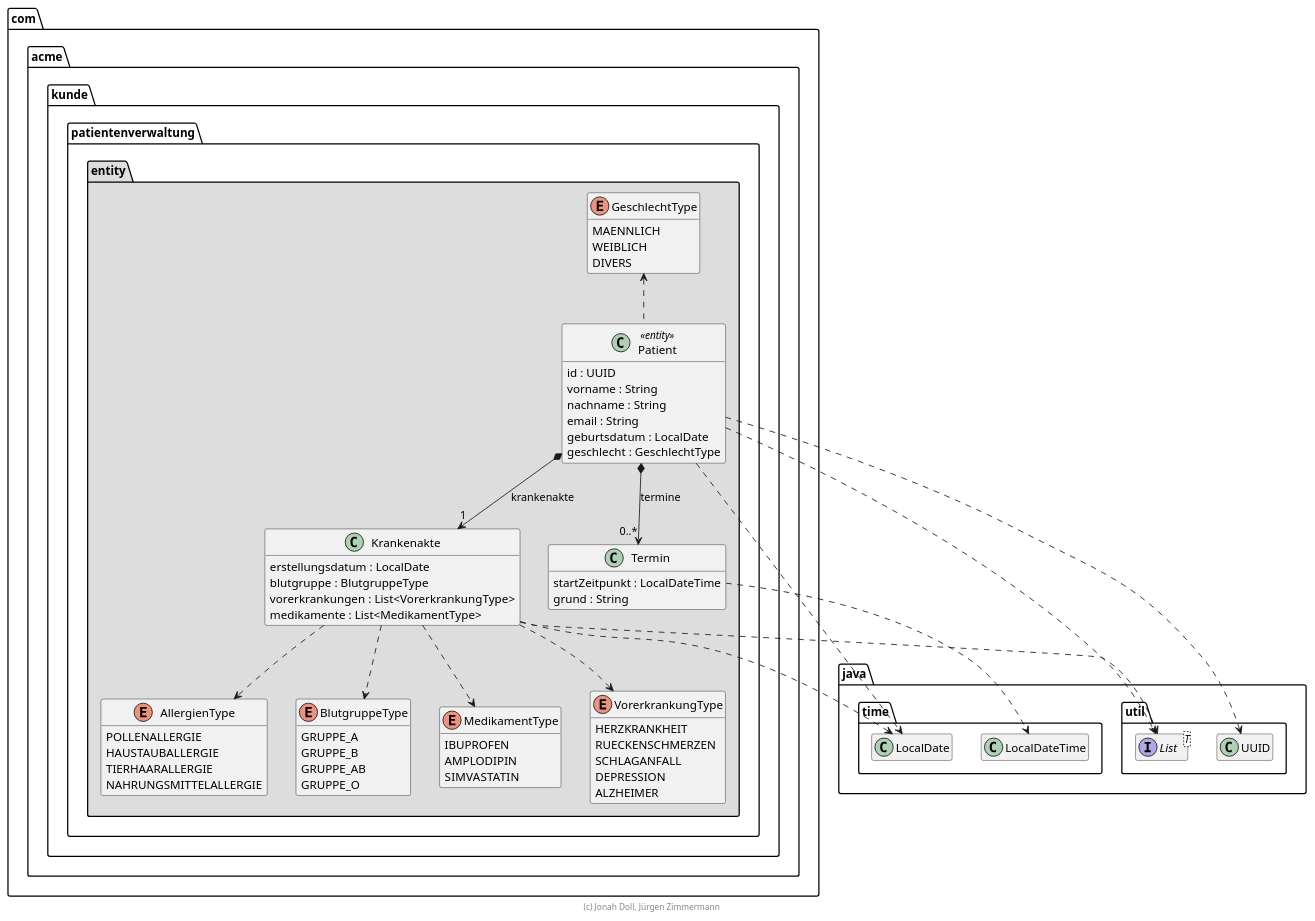
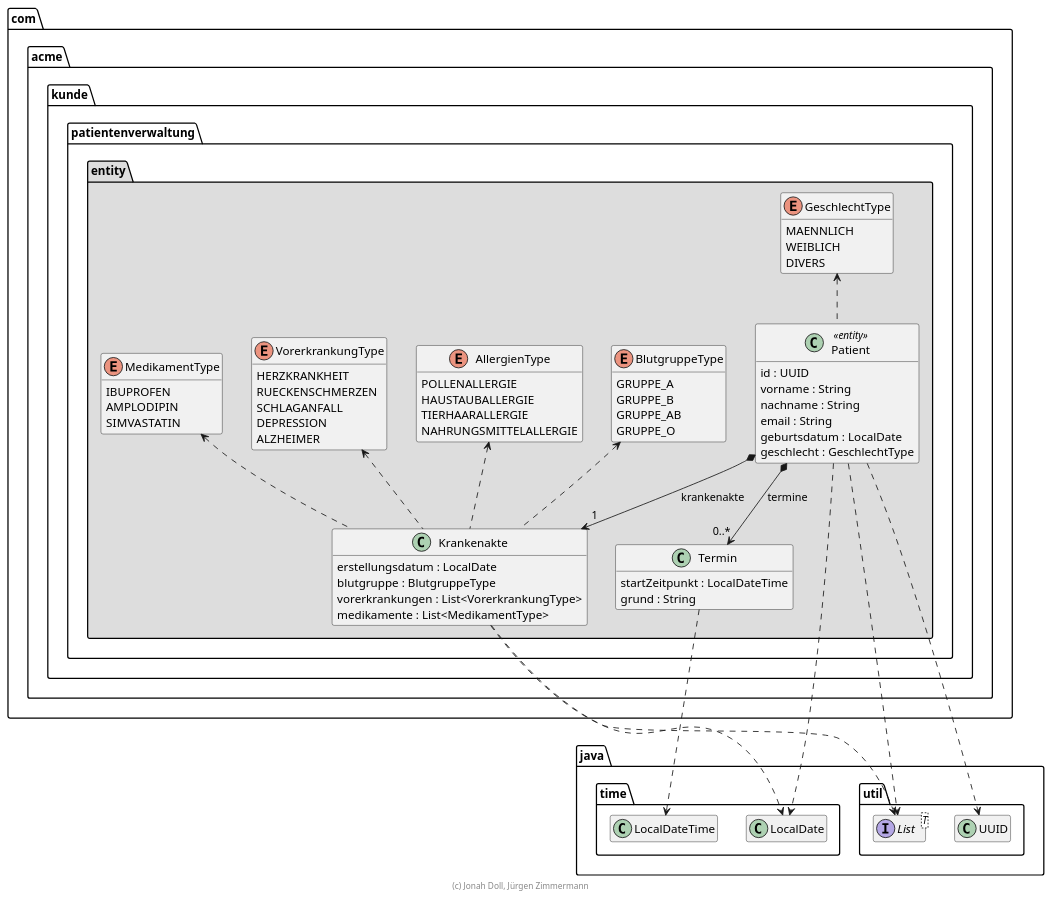
The diagram in patientenverwaltung/extras/doc/Patient.plantuml (jonahdoll/patientenverwaltung-v1), drawn with PlantUML before and after one commit. The commit also changed other lines of this file and 36 other files, not shown here.

```diff
--- a/patientenverwaltung/extras/doc/Patient.plantuml
+++ b/patientenverwaltung/extras/doc/Patient.plantuml
@@ -15,97 +1,97 @@
 @startuml Patient
 
 skinparam classAttributeIconSize 0
 ' skinparam monochrome true
 
 package java {
     package util {
     class UUID
     interface List<T>
     }
 
     package time {
     class LocalDate
     class LocalDateTime
     }
 }
 
 package com.acme.kunde.patientenverwaltung.entity #DDDDDD {
     class Termin {
         startZeitpunkt : LocalDateTime
         grund : String
     }
 
     class Krankenakte {
         erstellungsdatum : LocalDate
         blutgruppe : BlutgruppeType
         vorerkrankungen : List<VorerkrankungType>
         medikamente : List<MedikamentType>
     }
 
     class Patient << entity >> {
         id : UUID
         vorname : String
         nachname : String
         email : String
         geburtsdatum : LocalDate
         geschlecht : GeschlechtType
     }
 
     enum AllergienType {
         POLLENALLERGIE
         HAUSTAUBALLERGIE
         TIERHAARALLERGIE
         NAHRUNGSMITTELALLERGIE
     }
 
     enum BlutgruppeType {
         GRUPPE_A
         GRUPPE_B
         GRUPPE_AB
         GRUPPE_O
     }
 
     enum GeschlechtType {
         MAENNLICH
         WEIBLICH
         DIVERS
     }
 
     enum MedikamentType {
         IBUPROFEN
         AMPLODIPIN
         SIMVASTATIN
     }
 
     enum VorerkrankungType {
         HERZKRANKHEIT
         RUECKENSCHMERZEN
         SCHLAGANFALL
         DEPRESSION
         ALZHEIMER
     }
 
     Termin ..> LocalDateTime
 
-    Krankenakte ..> AllergienType
-    Krankenakte ..> BlutgruppeType
-    Krankenakte ..> MedikamentType
-    Krankenakte ..> VorerkrankungType
+    Krankenakte .up.> AllergienType
+    Krankenakte .up.> BlutgruppeType
+    Krankenakte .up.> MedikamentType
+    Krankenakte .up.> VorerkrankungType
 
     Krankenakte ..> LocalDate
     Krankenakte ..> List
 
     Patient *--> "0..*" Termin : termine
     Patient *--> "1" Krankenakte : krankenakte
     Patient .up.> GeschlechtType
 
     Patient ..> UUID
     Patient ..> LocalDate
     Patient ..> List
 }
 
 hide empty members
 
 footer (c) Jonah Doll, Jürgen Zimmermann
 
 @enduml
```
